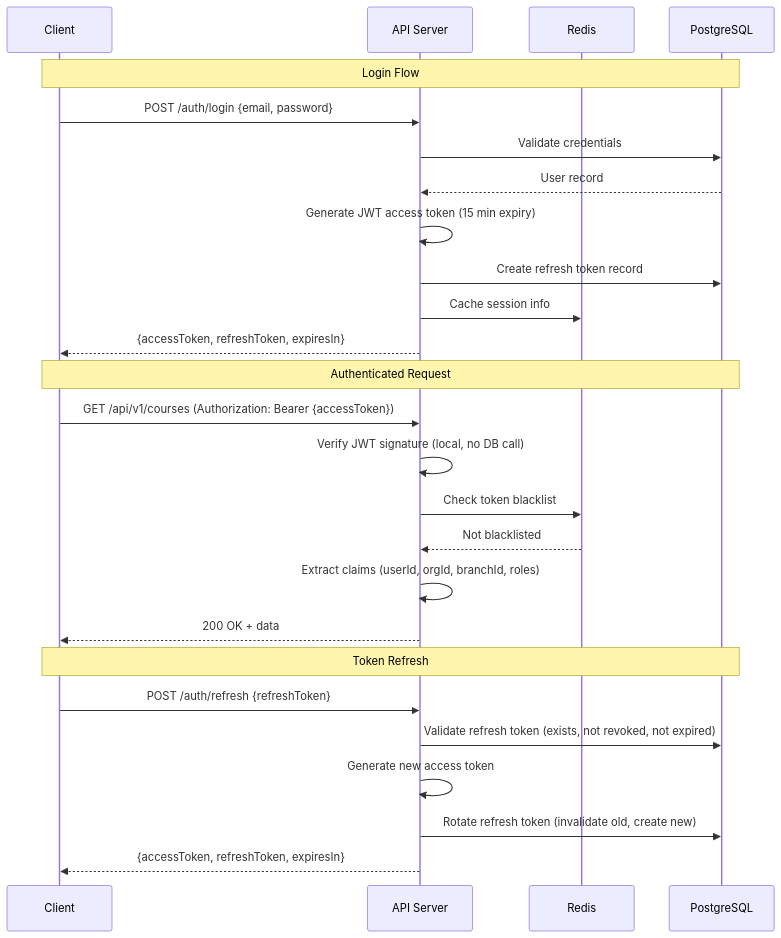
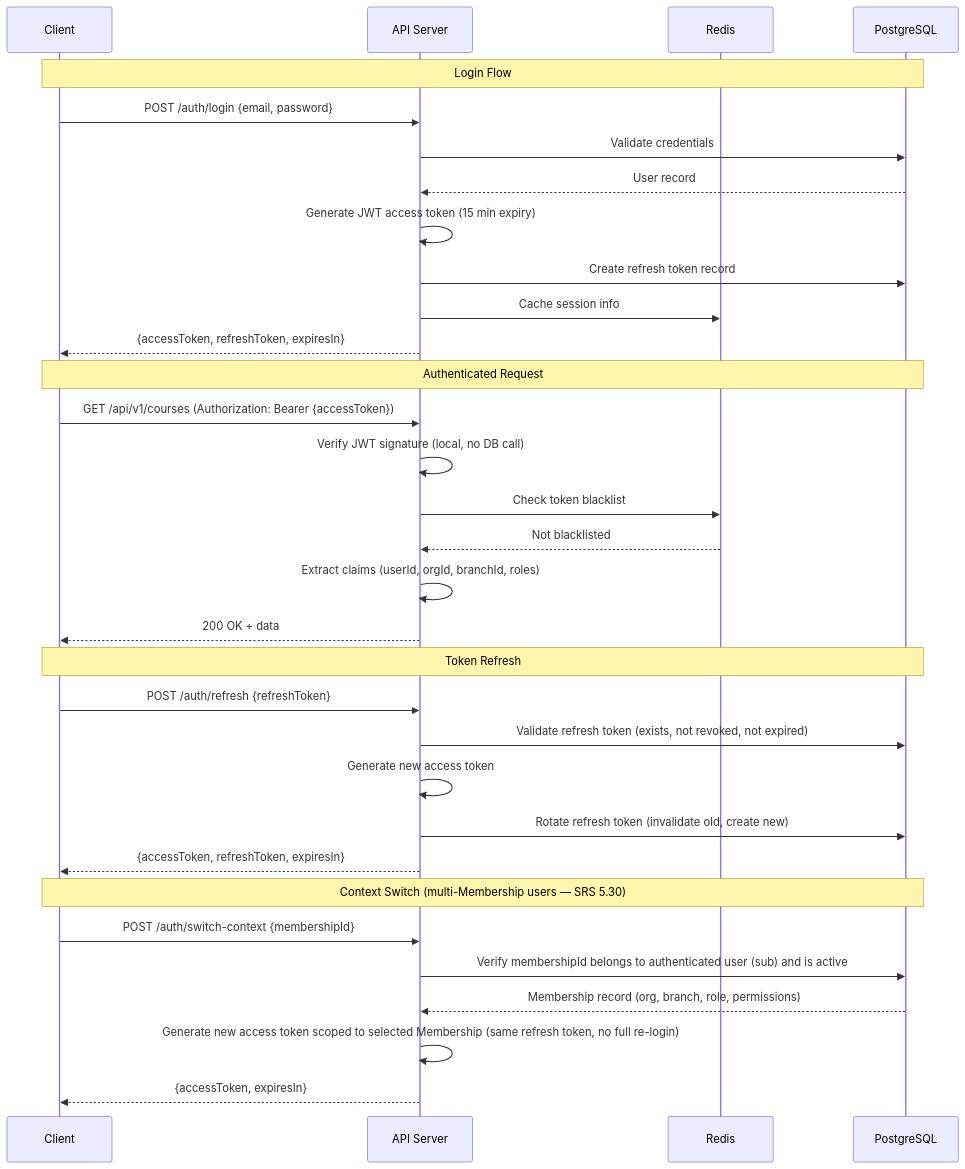
Before and after one commit to pakhlavonKh/campusOS: the eighth of 27 diagrams in documentation/02-Architecture/SDD.md, drawn with Mermaid. The commit also changed other lines of this file and 29 other files, not shown here.

````diff
--- a/documentation/02-Architecture/SDD.md
+++ b/documentation/02-Architecture/SDD.md
@@ -3260,31 +3260,38 @@
 ```mermaid
 sequenceDiagram
     participant Client
     participant API as API Server
     participant Redis
     participant DB as PostgreSQL
 
     Note over Client,DB: Login Flow
     Client->>API: POST /auth/login {email, password}
     API->>DB: Validate credentials
     DB-->>API: User record
     API->>API: Generate JWT access token (15 min expiry)
     API->>DB: Create refresh token record
     API->>Redis: Cache session info
     API-->>Client: {accessToken, refreshToken, expiresIn}
 
     Note over Client,DB: Authenticated Request
     Client->>API: GET /api/v1/courses (Authorization: Bearer {accessToken})
     API->>API: Verify JWT signature (local, no DB call)
     API->>Redis: Check token blacklist
     Redis-->>API: Not blacklisted
     API->>API: Extract claims (userId, orgId, branchId, roles)
     API-->>Client: 200 OK + data
 
     Note over Client,DB: Token Refresh
     Client->>API: POST /auth/refresh {refreshToken}
     API->>DB: Validate refresh token (exists, not revoked, not expired)
     API->>API: Generate new access token
     API->>DB: Rotate refresh token (invalidate old, create new)
     API-->>Client: {accessToken, refreshToken, expiresIn}
+
+    Note over Client,DB: Context Switch (multi-Membership users — SRS 5.30)
+    Client->>API: POST /auth/switch-context {membershipId}
+    API->>DB: Verify membershipId belongs to authenticated user (sub) and is active
+    DB-->>API: Membership record (org, branch, role, permissions)
+    API->>API: Generate new access token scoped to selected Membership (same refresh token, no full re-login)
+    API-->>Client: {accessToken, expiresIn}
 ```
````
